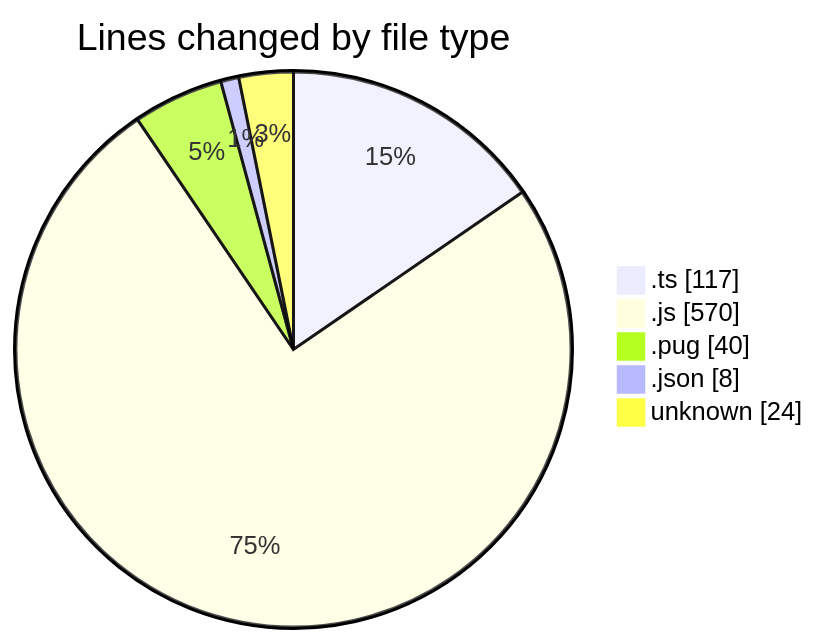
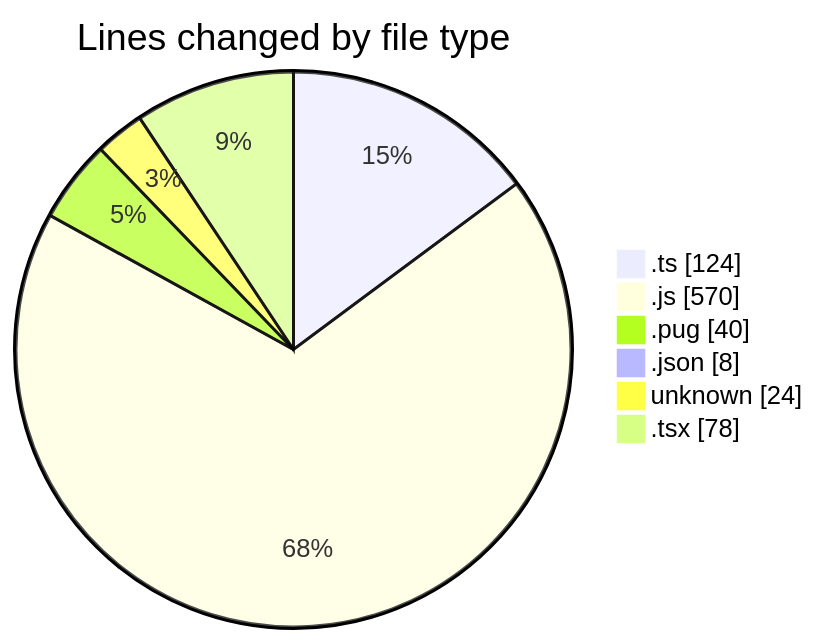
The first of 2 diagrams in 2025-02-25/cda/README.md (momahboobian/code-tracking), drawn with Mermaid before and after one commit. The commit also changed other lines of this file and 1 other file, not shown here.

````diff
--- a/2025-02-25/cda/README.md
+++ b/2025-02-25/cda/README.md
@@ -26,9 +29,10 @@
 ```mermaid
 pie showData
 title Lines changed by file type
-".ts" : 117
+".ts" : 124
 ".js" : 570
 ".pug" : 40
 ".json" : 8
 "unknown" : 24
+".tsx" : 78
 ```
````
